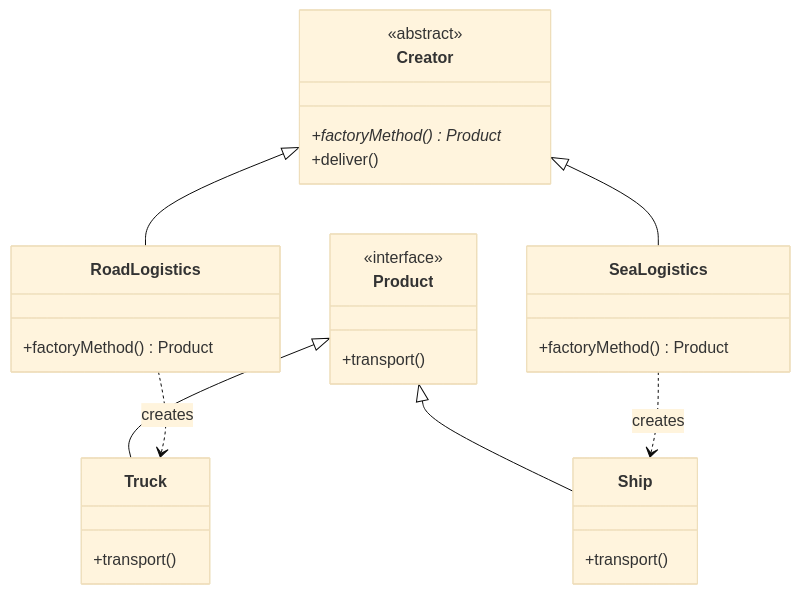
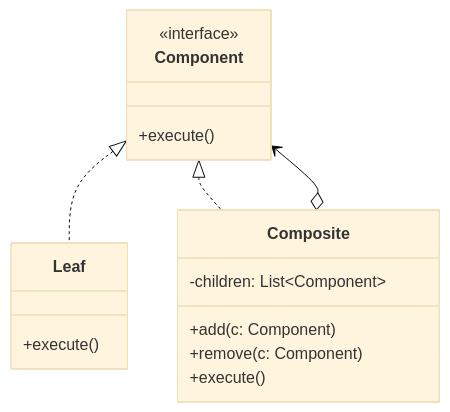
Before and after one commit to akshay-k-r/Interview-Prep-Resource: the diagram in index.mdx, drawn with Mermaid (base theme). The commit also changed other lines of this file and 22 other files, not shown here.

````diff
--- a/index.mdx
+++ b/index.mdx
@@ -27,31 +24,19 @@
 ```mermaid
 classDiagram
-    class Creator {
-        <<abstract>>
-        +factoryMethod()* Product
-        +deliver()
+    class Component {
+        <<interface>>
+        +execute()
     }
-    class RoadLogistics {
-        +factoryMethod() Product
+    class Leaf {
+        +execute()
     }
-    class SeaLogistics {
-        +factoryMethod() Product
+    class Composite {
+        -children: List~Component~
+        +add(c: Component)
+        +remove(c: Component)
+        +execute()
     }
-    class Product {
-        <<interface>>
-        +transport()
-    }
-    class Truck {
-        +transport()
-    }
-    class Ship {
-        +transport()
-    }
-    
-    Creator <|-- RoadLogistics
-    Creator <|-- SeaLogistics
-    Product <|-- Truck
-    Product <|-- Ship
-    RoadLogistics ..> Truck : creates
-    SeaLogistics ..> Ship : creates
+    Component <|.. Leaf
+    Component <|.. Composite
+    Composite o--> Component
 ```
````
